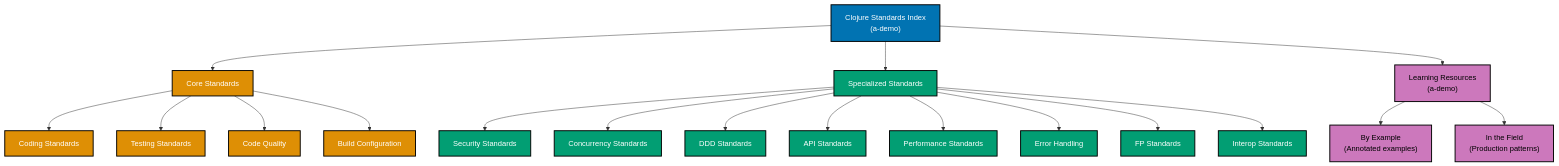
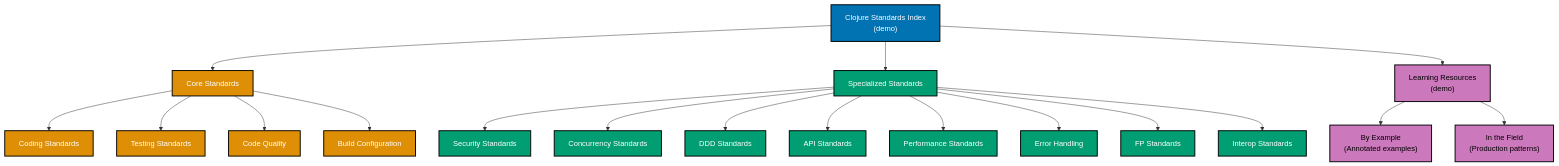
Before and after one commit to wahidyankf/ose-primer: the diagram in docs/explanation/software-engineering/programming-languages/clojure/README.md, drawn with Mermaid. The commit also changed other lines of this file and 3064 other files, not shown here.

````diff
--- a/docs/explanation/software-engineering/programming-languages/clojure/README.md
+++ b/docs/explanation/software-engineering/programming-languages/clojure/README.md
@@ -177,36 +177,36 @@
 ```mermaid
 %% Color Palette: Blue #0173B2, Orange #DE8F05, Teal #029E73, Purple #CC78BC
 %% All colors are color-blind friendly and meet WCAG AA contrast standards
 
 graph TD
-    A["Clojure Standards Index<br/>(a-demo)"]:::blue
+    A["Clojure Standards Index<br/>(demo)"]:::blue
     B["Core Standards"]:::orange
     C["Specialized Standards"]:::teal
-    D["Learning Resources<br/>(a-demo)"]:::purple
+    D["Learning Resources<br/>(demo)"]:::purple
 
     A --> B
     A --> C
     A --> D
 
     B --> E["Coding Standards"]:::orange
     B --> F["Testing Standards"]:::orange
     B --> G["Code Quality"]:::orange
     B --> H["Build Configuration"]:::orange
 
     C --> I["Security Standards"]:::teal
     C --> J["Concurrency Standards"]:::teal
     C --> K["DDD Standards"]:::teal
     C --> L["API Standards"]:::teal
     C --> M["Performance Standards"]:::teal
     C --> N["Error Handling"]:::teal
     C --> O["FP Standards"]:::teal
     C --> P["Interop Standards"]:::teal
 
     D --> Q["By Example<br/>(Annotated examples)"]:::purple
     D --> R["In the Field<br/>(Production patterns)"]:::purple
 
     classDef blue fill:#0173B2,stroke:#000000,color:#FFFFFF,stroke-width:2px
     classDef orange fill:#DE8F05,stroke:#000000,color:#FFFFFF,stroke-width:2px
     classDef teal fill:#029E73,stroke:#000000,color:#FFFFFF,stroke-width:2px
     classDef purple fill:#CC78BC,stroke:#000000,color:#000000,stroke-width:2px
 ```
````
